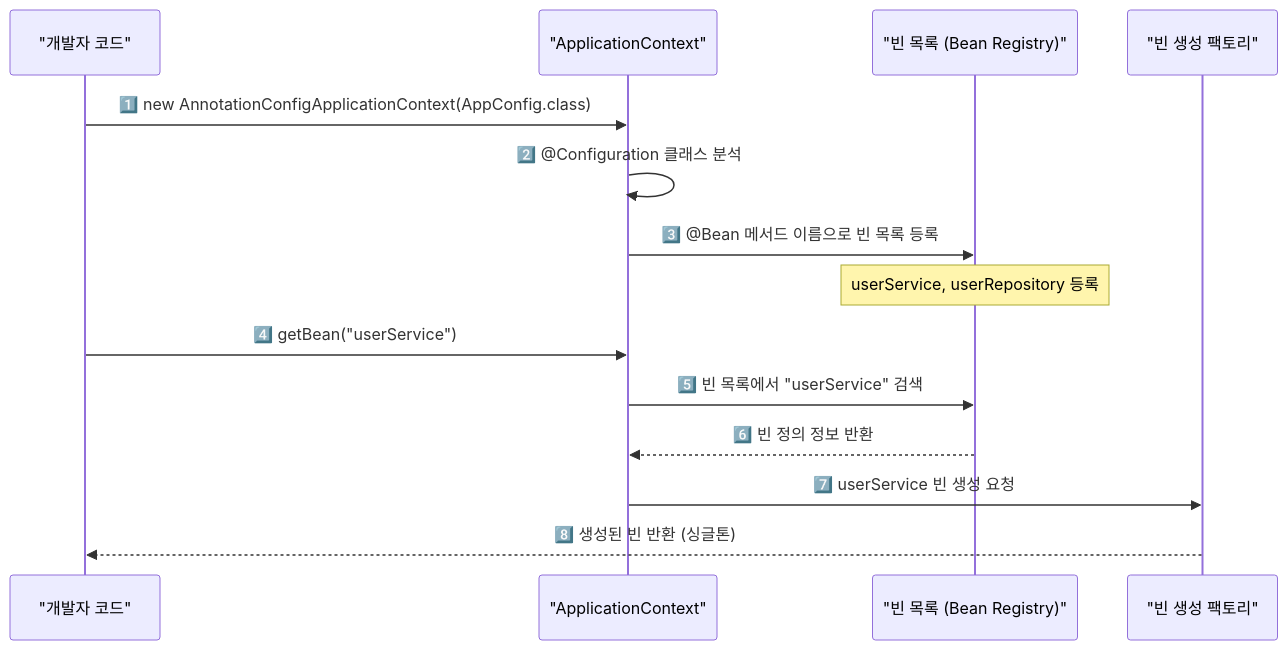
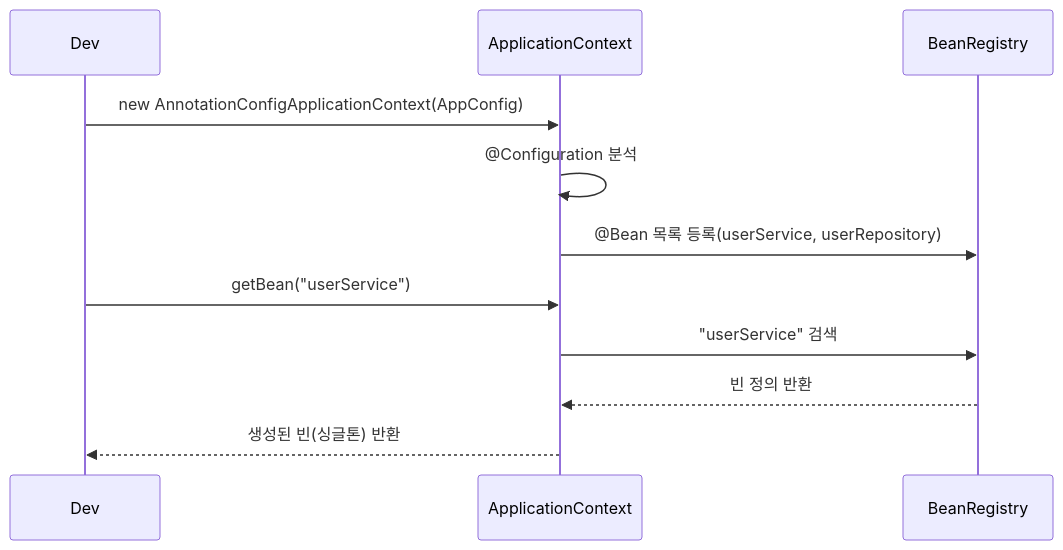
Before and after one commit to yjkim2015/yjkim2015.github.io: the fourth of 4 diagrams in _posts/spring/2022-06-16-제어의역전.md, drawn with Mermaid. The commit also changed other lines of this file and 215 other files, not shown here.

First line of the commit message:
신규 포스트 10개 추가 + Mermaid 전면 축소 + SystemDesign 시리즈 보강

````diff
--- a/_posts/spring/2022-06-16-제어의역전.md
+++ b/_posts/spring/2022-06-16-제어의역전.md
@@ -211,17 +202,13 @@
 ```mermaid
 sequenceDiagram
-    participant DEV as "개발자 코드"
-    participant AC as "ApplicationContext"
-    participant BL as "빈 목록 (Bean Registry)"
-    participant BF as "빈 생성 팩토리"
-
-    DEV->>AC: 1️⃣ new AnnotationConfigApplicationContext(AppConfig.class)
-    AC->>AC: 2️⃣ @Configuration 클래스 분석
-    AC->>BL: 3️⃣ @Bean 메서드 이름으로 빈 목록 등록
-    Note over BL: userService, userRepository 등록
-    DEV->>AC: 4️⃣ getBean("userService")
-    AC->>BL: 5️⃣ 빈 목록에서 "userService" 검색
-    BL-->>AC: 6️⃣ 빈 정의 정보 반환
-    AC->>BF: 7️⃣ userService 빈 생성 요청
-    BF-->>DEV: 8️⃣ 생성된 빈 반환 (싱글톤)
+    participant D as Dev
+    participant AC as ApplicationContext
+    participant BL as BeanRegistry
+    D->>AC: new AnnotationConfigApplicationContext(AppConfig)
+    AC->>AC: @Configuration 분석
+    AC->>BL: @Bean 목록 등록(userService, userRepository)
+    D->>AC: getBean("userService")
+    AC->>BL: "userService" 검색
+    BL-->>AC: 빈 정의 반환
+    AC-->>D: 생성된 빈(싱글톤) 반환
 ```
````
